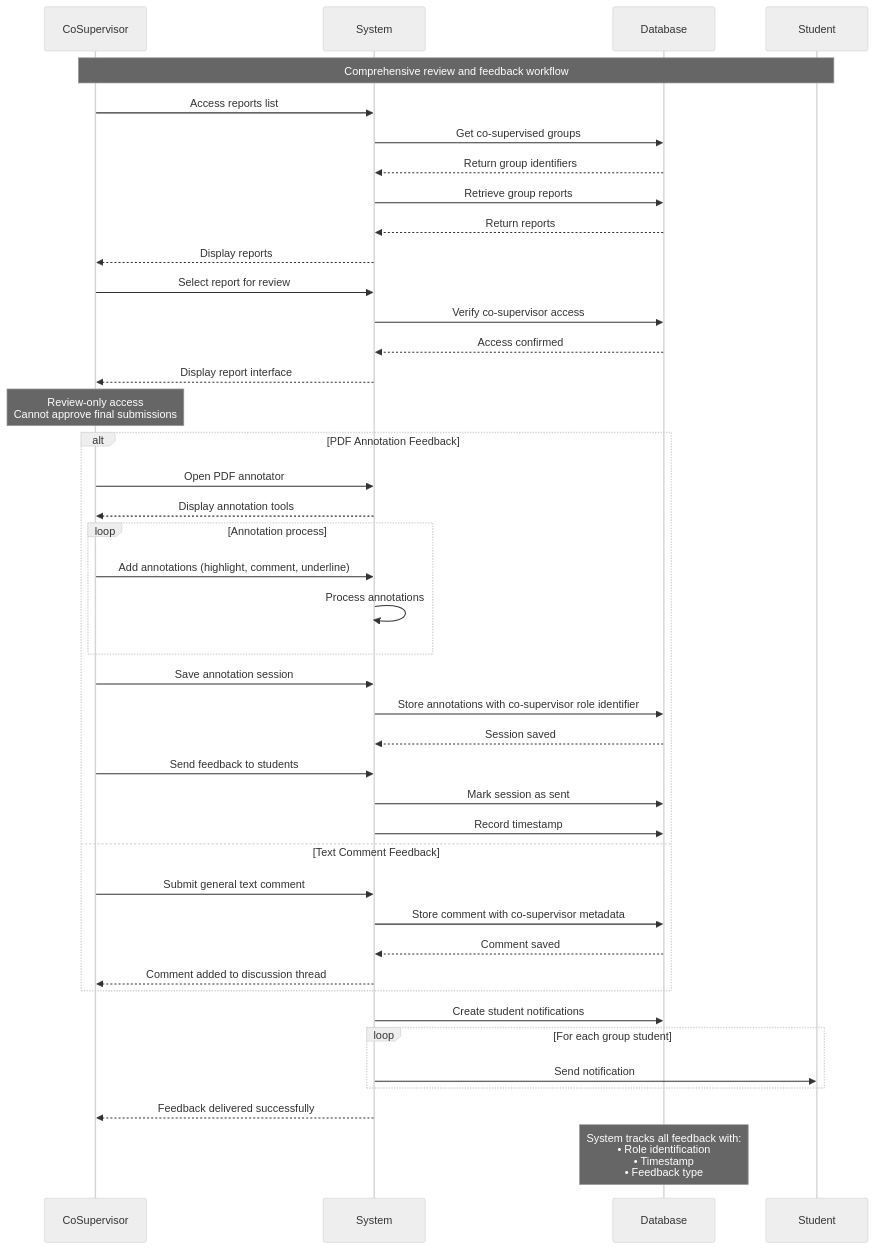
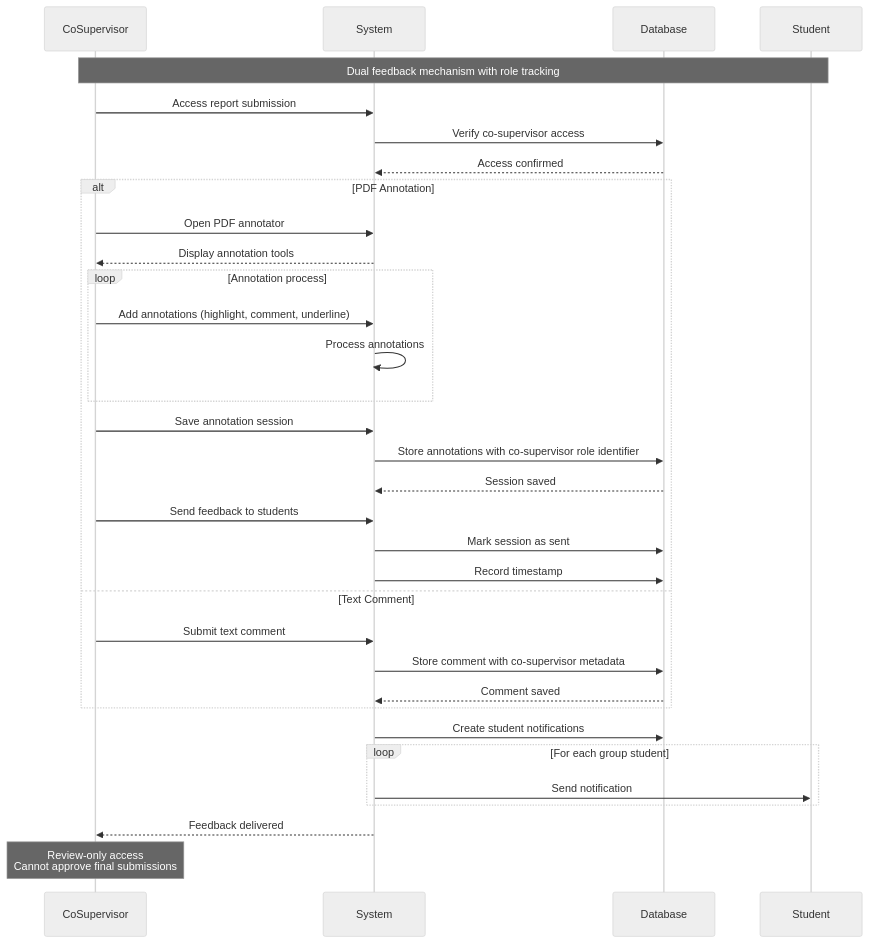
Diagram 11 of 36 in sequence-academic.md (abdullah2323442/thesisrepo-backup), drawn with Mermaid (neutral theme) before and after one commit. The commit also changed other lines of this file, not shown here.

Commit message:
update sequece academic md

````diff
--- a/sequence-academic.md
+++ b/sequence-academic.md
@@ -311,57 +311,46 @@
 ```mermaid
 sequenceDiagram
     participant CoSupervisor
     participant System
     participant Database
     participant Student
 
-    Note over CoSupervisor,Student: Comprehensive review and feedback workflow
+    Note over CoSupervisor,Student: Dual feedback mechanism with role tracking
     
-    CoSupervisor->>System: Access reports list
-    System->>Database: Get co-supervised groups
-    Database-->>System: Return group identifiers
-    System->>Database: Retrieve group reports
-    Database-->>System: Return reports
-    System-->>CoSupervisor: Display reports
-    
-    CoSupervisor->>System: Select report for review
+    CoSupervisor->>System: Access report submission
     System->>Database: Verify co-supervisor access
     Database-->>System: Access confirmed
-    System-->>CoSupervisor: Display report interface
     
-    Note over CoSupervisor: Review-only access<br/>Cannot approve final submissions
-    
-    alt PDF Annotation Feedback
+    alt PDF Annotation
         CoSupervisor->>System: Open PDF annotator
         System-->>CoSupervisor: Display annotation tools
         
         loop Annotation process
             CoSupervisor->>System: Add annotations (highlight, comment, underline)
             System->>System: Process annotations
         end
         
         CoSupervisor->>System: Save annotation session
         System->>Database: Store annotations with co-supervisor role identifier
         Database-->>System: Session saved
         
         CoSupervisor->>System: Send feedback to students
         System->>Database: Mark session as sent
         System->>Database: Record timestamp
         
-    else Text Comment Feedback
-        CoSupervisor->>System: Submit general text comment
+    else Text Comment
+        CoSupervisor->>System: Submit text comment
         System->>Database: Store comment with co-supervisor metadata
         Database-->>System: Comment saved
-        System-->>CoSupervisor: Comment added to discussion thread
     end
     
     System->>Database: Create student notifications
     
     loop For each group student
         System->>Student: Send notification
     end
     
-    System-->>CoSupervisor: Feedback delivered successfully
+    System-->>CoSupervisor: Feedback delivered
     
-    Note over Database: System tracks all feedback with:<br/>• Role identification<br/>• Timestamp<br/>• Feedback type
+    Note over CoSupervisor: Review-only access<br/>Cannot approve final submissions
 ```
````
